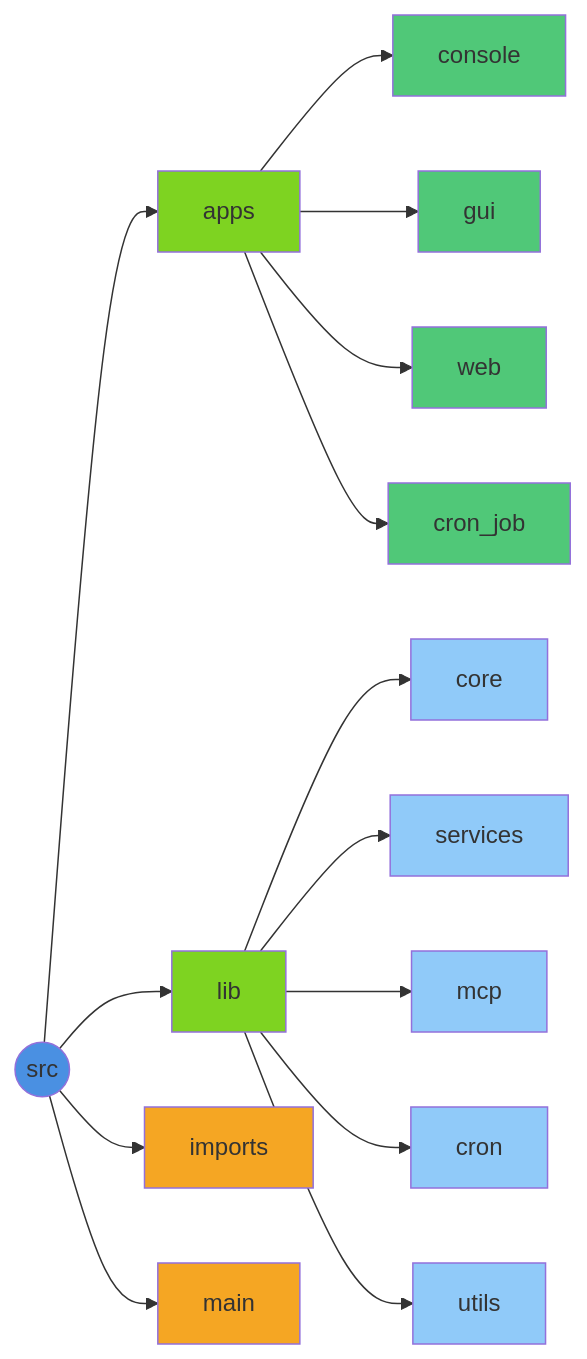
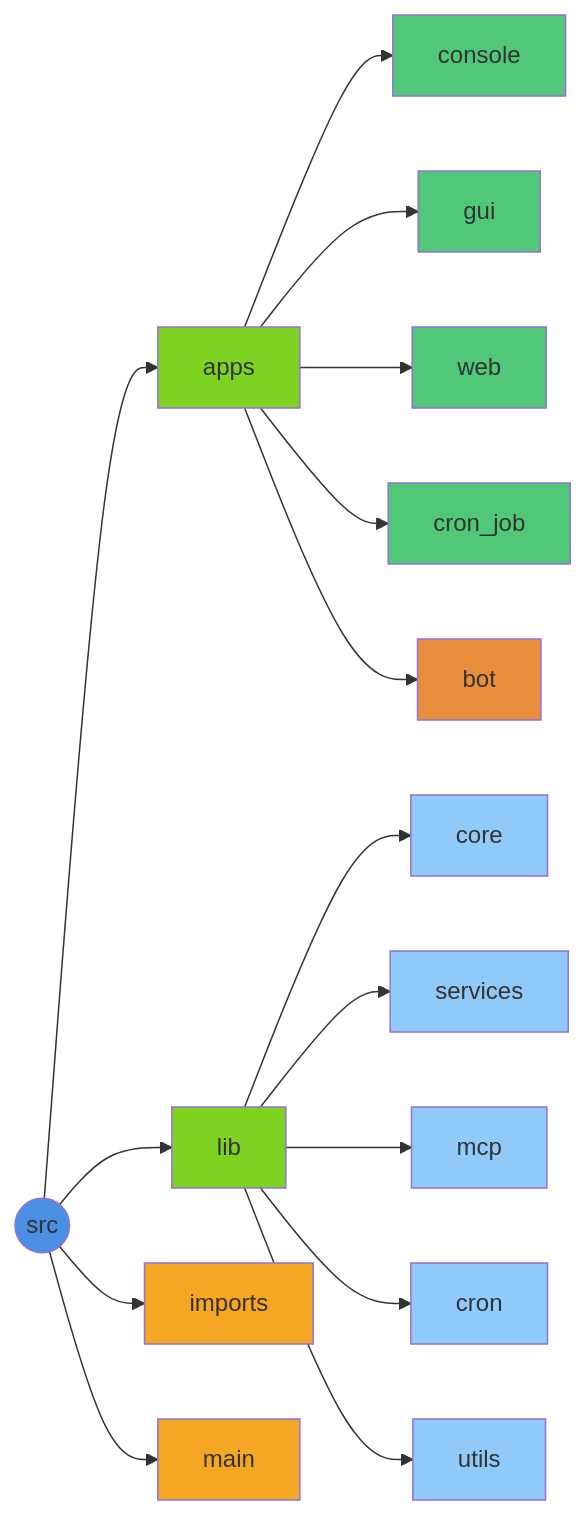
Before and after one commit to AmreetKumarkhuntia/knik: the diagram in docs/README.md, drawn with Mermaid. The commit also changed other lines of this file and 20 other files, not shown here.

````diff
--- a/docs/README.md
+++ b/docs/README.md
@@ -60,31 +72,33 @@
 ```mermaid
 flowchart LR
     src((src)) --> apps
     src --> lib
     src --> imports
     src --> main
     apps --> console
     apps --> gui
     apps --> web
     apps --> cron_job
+    apps --> bot
     lib --> core
     lib --> services
     lib --> mcp
     lib --> cron
     lib --> utils
 
     style src fill:#4a90e2
     style imports fill:#f5a623
     style main fill:#f5a623
     style apps fill:#7ed321
     style lib fill:#7ed321
     style console fill:#50c878
     style gui fill:#50c878
     style web fill:#50c878
     style cron_job fill:#50c878
+    style bot fill:#e88d3c
     style core fill:#90caf9
     style services fill:#90caf9
     style mcp fill:#90caf9
     style cron fill:#90caf9
     style utils fill:#90caf9
 ```
````
